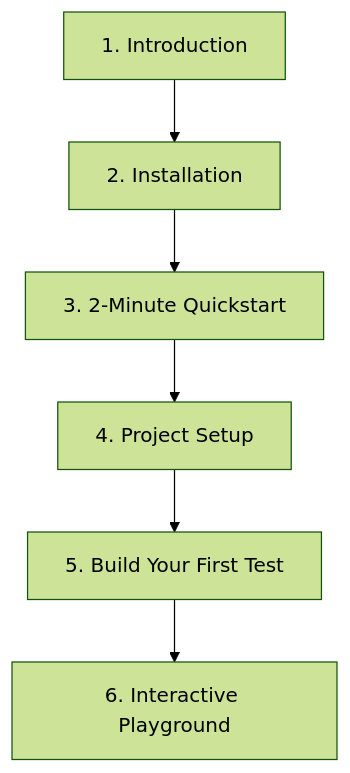
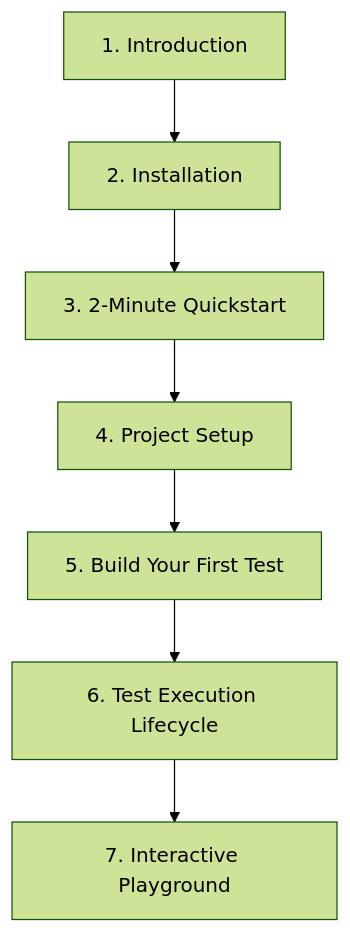
Before and after one commit to muhfaris/gherkio: the diagram in docs/book/src/getting-started/introduction.md, drawn with Mermaid (forest theme). The commit also changed other lines of this file and 24 other files, not shown here.

````diff
--- a/docs/book/src/getting-started/introduction.md
+++ b/docs/book/src/getting-started/introduction.md
@@ -11,8 +11,9 @@
 ```mermaid
 graph TD
     A[1. Introduction] --> B[2. Installation]
     B --> C[3. 2-Minute Quickstart]
     C --> D[4. Project Setup]
     D --> E[5. Build Your First Test]
-    E --> F[6. Interactive Playground]
+    E --> F[6. Test Execution Lifecycle]
+    F --> G[7. Interactive Playground]
 ```
````
